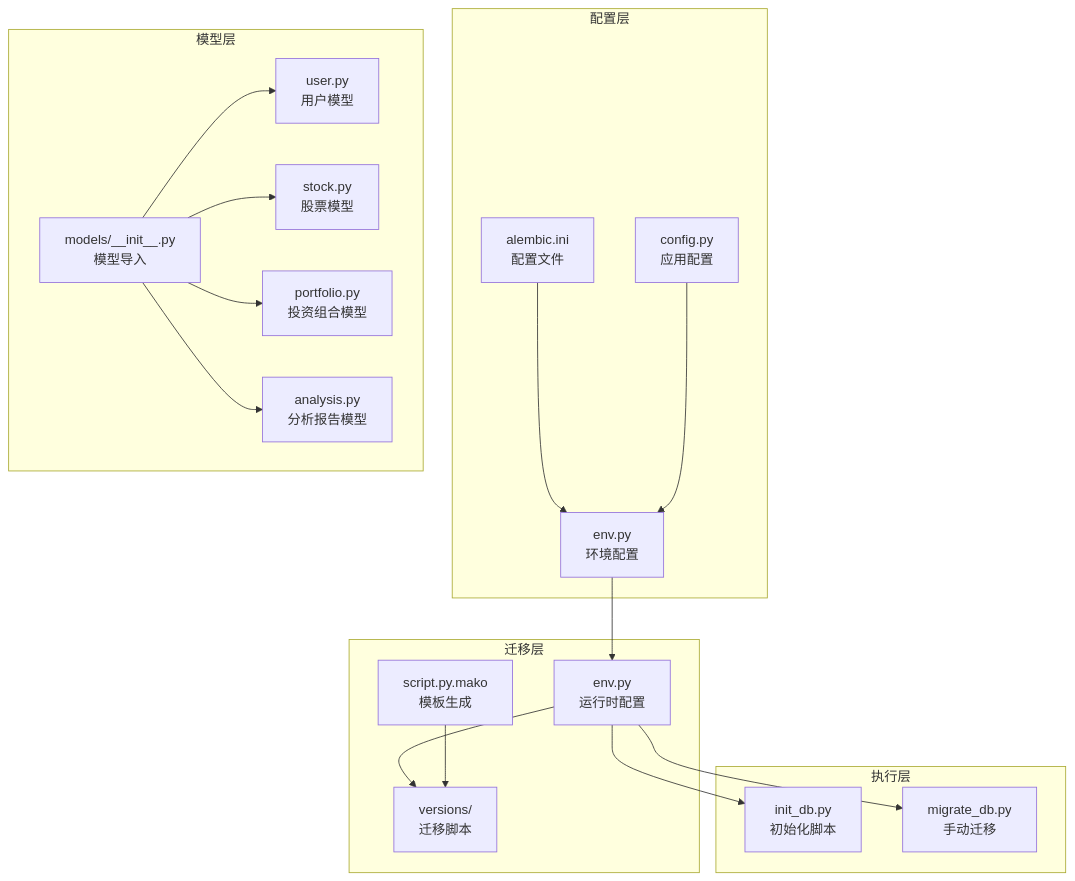
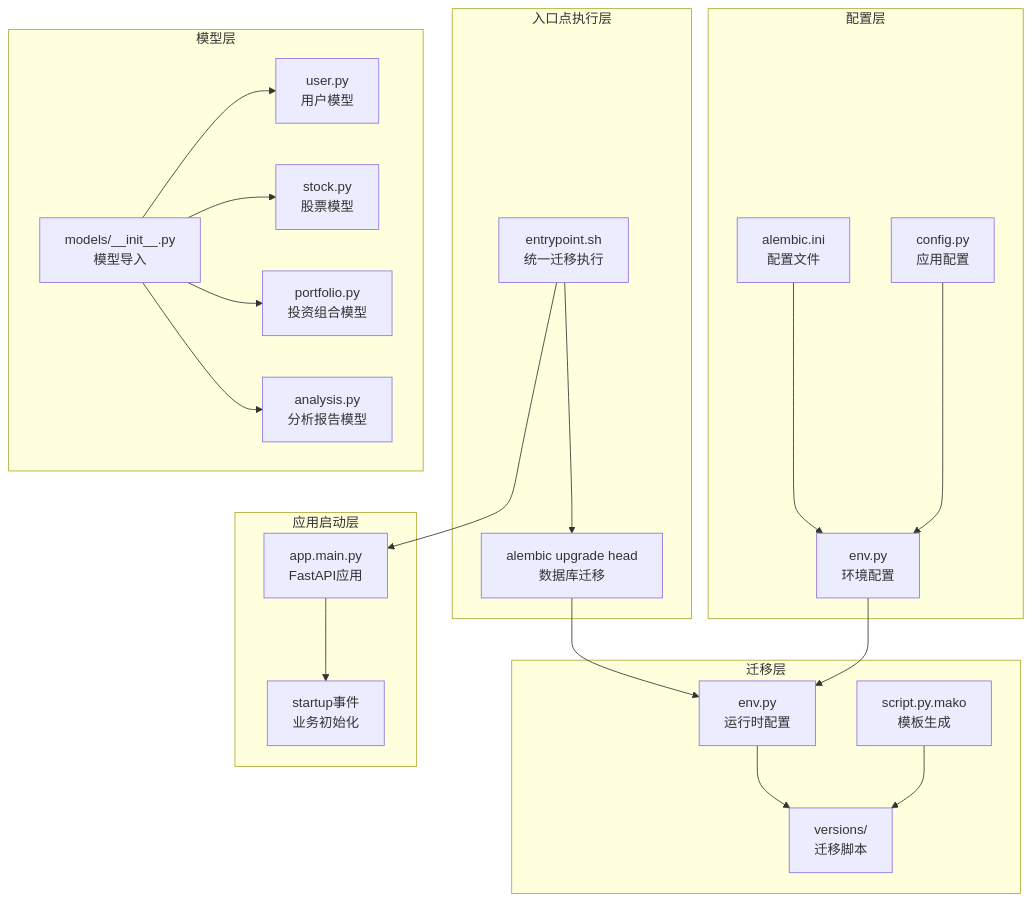
One commit to breeze-lyf/ai-stock-advisor changed the second of 8 diagrams in .qoder/repowiki/zh/content/Database Migration Management.md. Above: the diagram before and after it, drawn with Mermaid. The commit also changed other lines of this file and 7 other files, not shown here.

````diff
--- a/.qoder/repowiki/zh/content/Database Migration Management.md
+++ b/.qoder/repowiki/zh/content/Database Migration Management.md
@@ -102,34 +132,39 @@
 ```mermaid
 graph TB
+subgraph "入口点执行层"
+A[entrypoint.sh<br/>统一迁移执行]
+B[alembic upgrade head<br/>数据库迁移]
+end
 subgraph "配置层"
-A[alembic.ini<br/>配置文件]
-B[env.py<br/>环境配置]
-C[config.py<br/>应用配置]
+C[alembic.ini<br/>配置文件]
+D[env.py<br/>环境配置]
+E[config.py<br/>应用配置]
 end
 subgraph "模型层"
-D[models/__init__.py<br/>模型导入]
-E[user.py<br/>用户模型]
-F[stock.py<br/>股票模型]
-G[portfolio.py<br/>投资组合模型]
-H[analysis.py<br/>分析报告模型]
+F[models/__init__.py<br/>模型导入]
+G[user.py<br/>用户模型]
+H[stock.py<br/>股票模型]
+I[portfolio.py<br/>投资组合模型]
+J[analysis.py<br/>分析报告模型]
 end
 subgraph "迁移层"
-I[versions/<br/>迁移脚本]
-J[script.py.mako<br/>模板生成]
-K[env.py<br/>运行时配置]
+K[versions/<br/>迁移脚本]
+L[script.py.mako<br/>模板生成]
+M[env.py<br/>运行时配置]
 end
-subgraph "执行层"
-L[init_db.py<br/>初始化脚本]
-M[migrate_db.py<br/>手动迁移]
+subgraph "应用启动层"
+N[app.main.py<br/>FastAPI应用]
+O[startup事件<br/>业务初始化]
 end
-A --> B --> K
-C --> B
-D --> E
-D --> F
-D --> G
-D --> H
-K --> I
-J --> I
-K --> L
-K --> M
+A --> B --> M
+C --> D --> M
+E --> D
+F --> G
+F --> H
+F --> I
+F --> J
+M --> K
+L --> K
+A --> N
+N --> O
 ```
````
